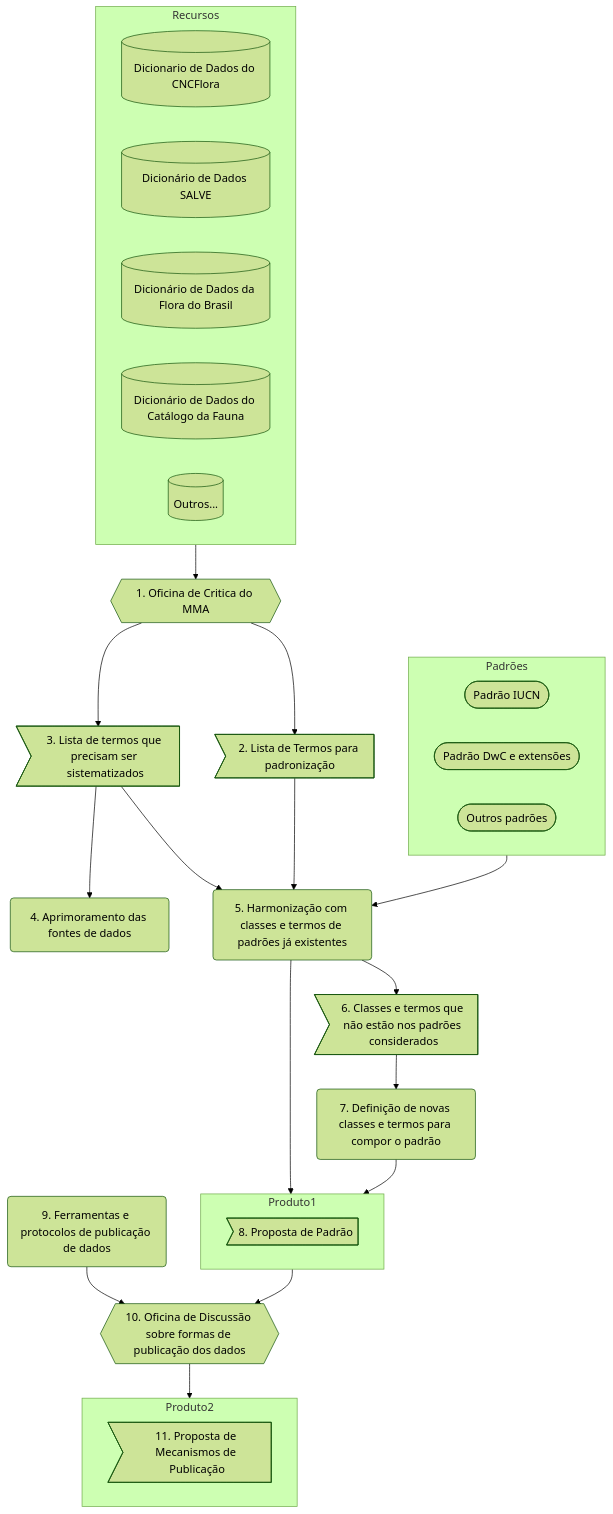
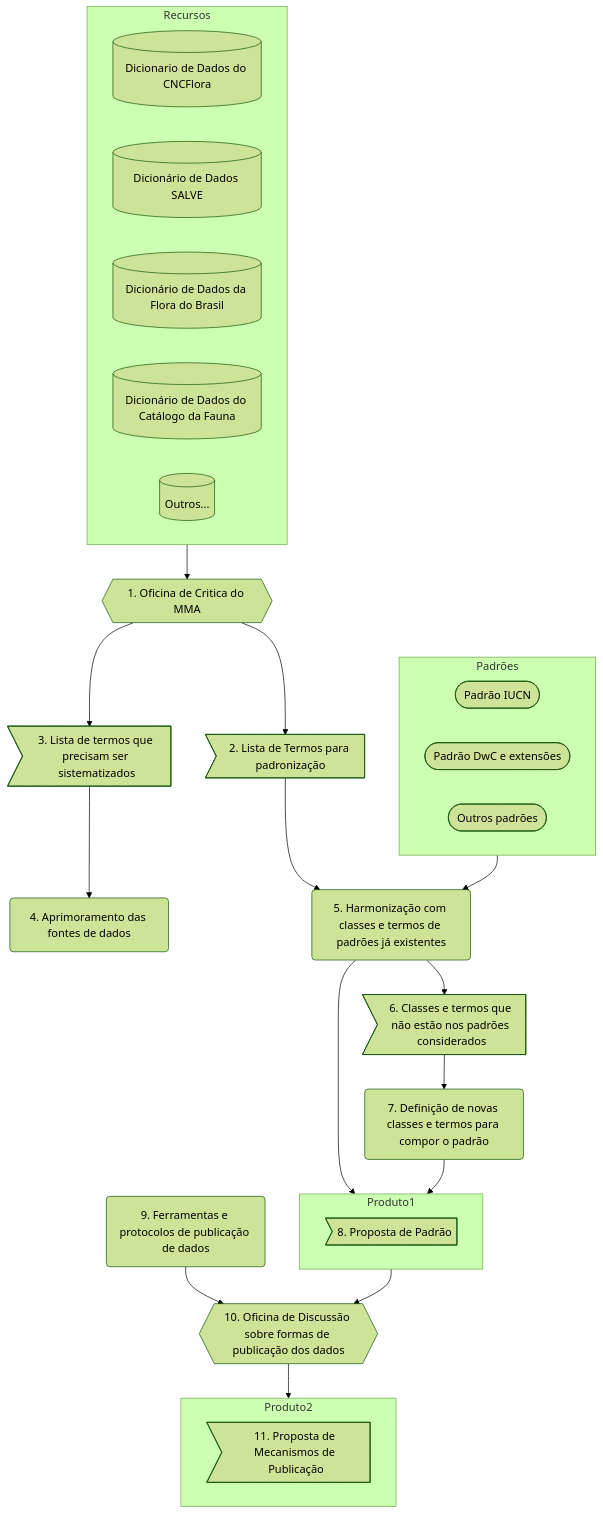
Before and after one commit to jlanna/MMA-Ameacadas: the first of 2 diagrams in readme/Fluxograma1.md, drawn with Mermaid (forest theme).

Commit message:
Atualização

````diff
--- a/readme/Fluxograma1.md
+++ b/readme/Fluxograma1.md
@@ -3,37 +3,36 @@
 ```mermaid
 flowchart TB
     A{{1. Oficina de Critica do MMA}} --> B>2. Lista de Termos para padronização]
     A --> C>3. Lista de termos que precisam ser sistematizados]
     Recursos --> A
     subgraph Recursos
         direction RL    
         dc1[(Dicionario de Dados do CNCFlora)]
         dc2[(Dicionário de Dados SALVE)]
         dc3[(Dicionário de Dados da Flora do Brasil)]
         dc4[(Dicionário de Dados do Catálogo da Fauna)]
         dc5[(Outros...)]
      end
     C --> E(4. Aprimoramento das fontes de dados)
-    C --> F(5. Harmonização com classes e termos de padrões já existentes)
-    B --> F
+    B --> F(5. Harmonização com classes e termos de padrões já existentes)
         subgraph Padrões
         direction RL
         G([Padrão IUCN])
         H([Padrão DwC e extensões])
         I([Outros padrões])
     end
     Padrões --> F   
     F --> J>6. Classes e termos que não estão nos padrões considerados]
     J --> K(7. Definição de novas classes e termos para compor o padrão)
     subgraph Produto1
         L>8. Proposta de Padrão]
     end
     F --> Produto1
     K --> Produto1
     Produto1 --> M{{10. Oficina de Discussão sobre formas de publicação dos dados}}
     subgraph Produto2
         N>11. Proposta de Mecanismos de Publicação]
     end
     O(9. Ferramentas e protocolos de publicação de dados) --> M
     M --> Produto2
 ```
````
